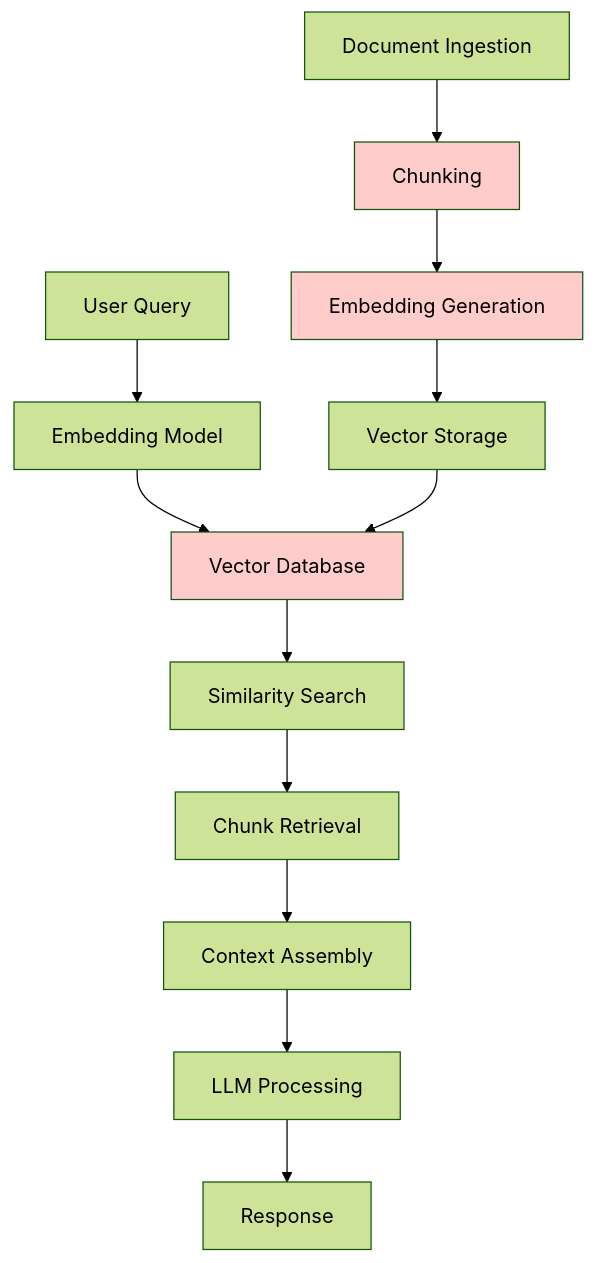
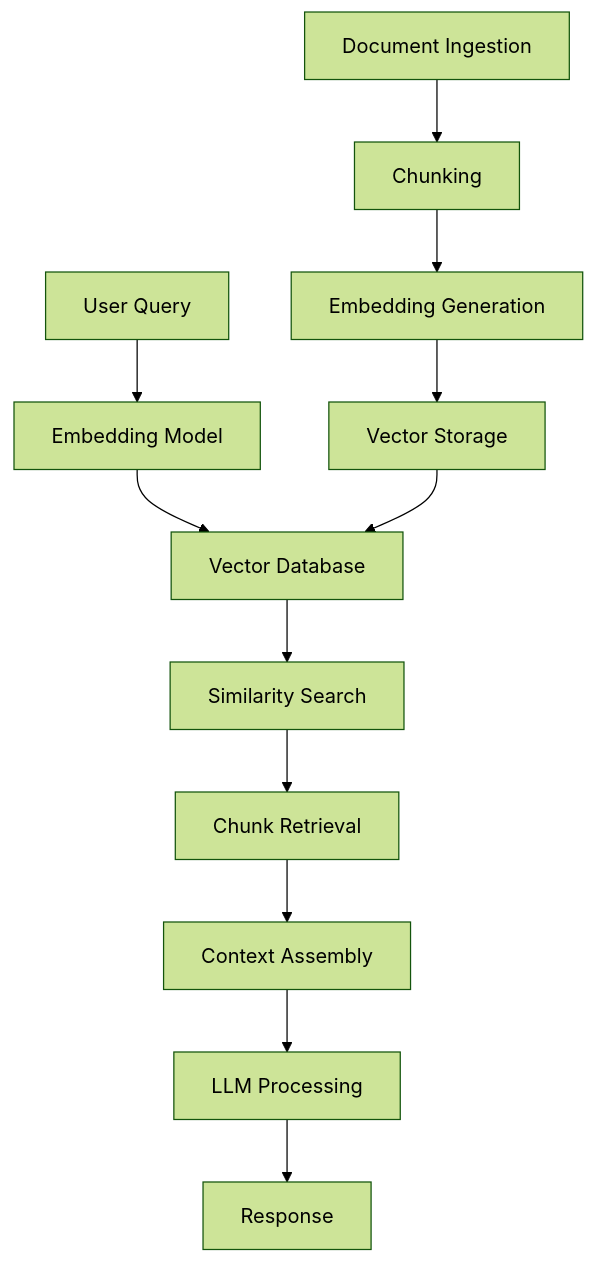
The third of 3 diagrams in README.md (javiramos1/qagent-mcp), drawn with Mermaid (forest theme) before and after one commit. The commit also changed other lines of this file, not shown here.

````diff
--- a/README.md
+++ b/README.md
@@ -269,19 +325,15 @@
 ```mermaid
 graph TD
     A[User Query] --> B[Embedding Model]
     B --> C[Vector Database]
     C --> D[Similarity Search]
     D --> E[Chunk Retrieval]
     E --> F[Context Assembly]
     F --> G[LLM Processing]
     G --> H[Response]
     
     I[Document Ingestion] --> J[Chunking]
     J --> K[Embedding Generation]
     K --> L[Vector Storage]
     L --> C
-    
-    style C fill:#ffcccc
-    style J fill:#ffcccc
-    style K fill:#ffcccc
 ```
````
